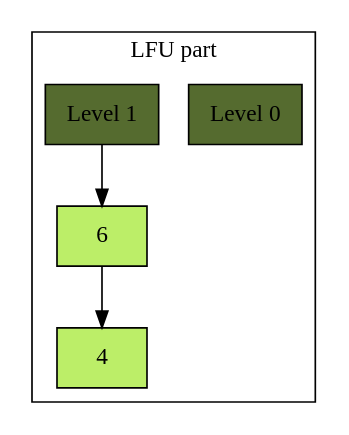
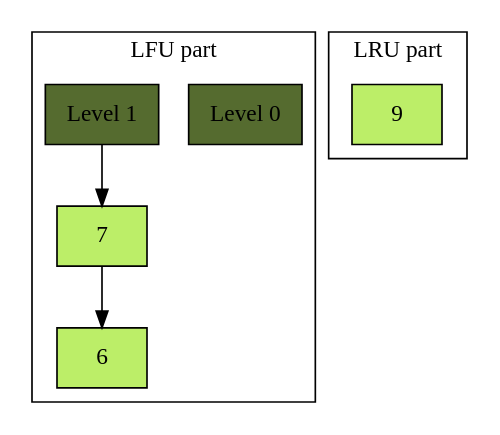
The diagram in graph.dot (greggregbean/cache), drawn with Graphviz before and after one commit. The commit also changed 2 other files, not shown here.

```diff
--- a/graph.dot
+++ b/graph.dot
@@ -1,18 +1,19 @@
 digraph {
     subgraph cluster_lfu {
         node [shape=record, fillcolor = darkolivegreen2, style = filled ]
         label = "LFU part";
         Level_0[ fillcolor = darkolivegreen, label = "Level 0"] 
         Level_1[ fillcolor = darkolivegreen, label = "Level 1"] 
+        7 [ label = " 7 "] 
         6 [ label = " 6 "] 
-        4 [ label = " 4 "] 
-        6 -> 4; 
-        Level_1 -> 6; 
+        7 -> 6; 
+        Level_1 -> 7; 
 
     }
     subgraph cluster_lru {
         node [shape=record, fillcolor = darkolivegreen2, style = filled ]
         label = "LRU part";
+        9 [ label = " 9 "] 
     }
 
 }
```
